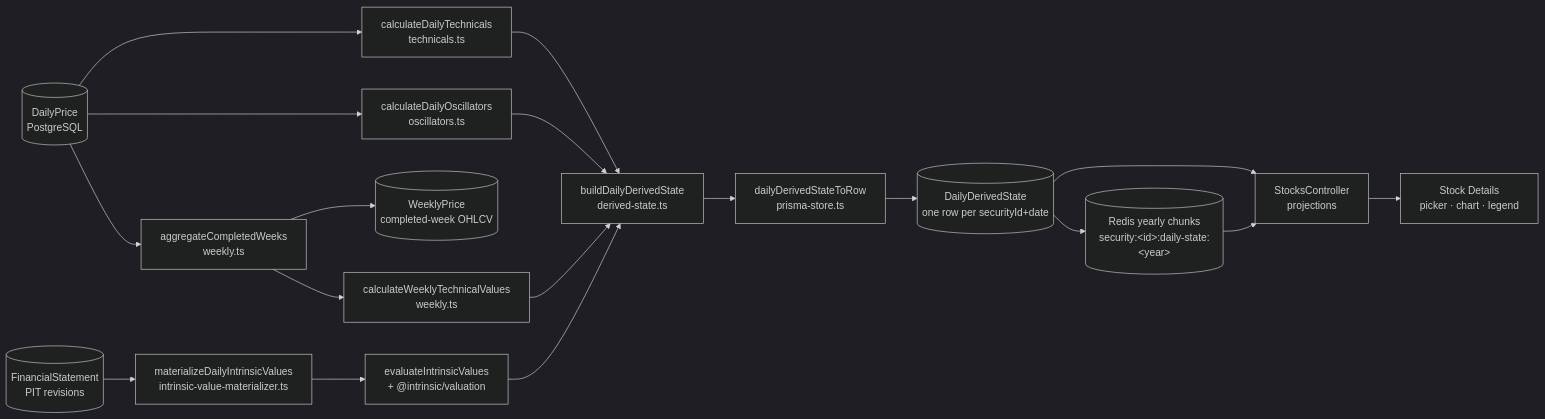
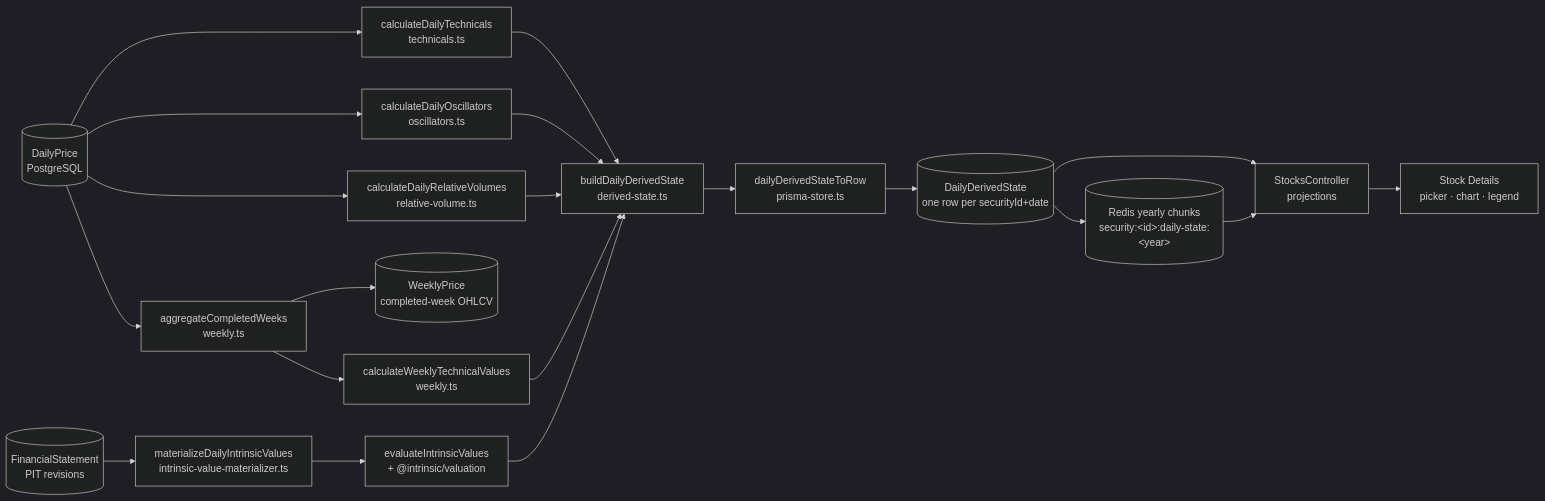
Before and after one commit to BMarius93/factorsage: the first of 3 diagrams in ai/architecture/calculated-series.md, drawn with Mermaid (dark theme). The commit also changed other lines of this file and 45 other files, not shown here.

First line of the commit message:
feat(volume): daily Volume on the chart and precomputed RVOL 10/20/50

````diff
--- a/ai/architecture/calculated-series.md
+++ b/ai/architecture/calculated-series.md
@@ -15,20 +15,22 @@
 ```mermaid
 flowchart LR
   DP[("DailyPrice<br/>PostgreSQL")] --> DT["calculateDailyTechnicals<br/>technicals.ts"]
   DP --> DO["calculateDailyOscillators<br/>oscillators.ts"]
+  DP --> RV["calculateDailyRelativeVolumes<br/>relative-volume.ts"]
   DP --> AW["aggregateCompletedWeeks<br/>weekly.ts"]
   AW --> WP[("WeeklyPrice<br/>completed-week OHLCV")]
   AW --> WV["calculateWeeklyTechnicalValues<br/>weekly.ts"]
   FS[("FinancialStatement<br/>PIT revisions")] --> IM["materializeDailyIntrinsicValues<br/>intrinsic-value-materializer.ts"]
   IM --> EV["evaluateIntrinsicValues<br/>+ @intrinsic/valuation"]
   DT --> BD["buildDailyDerivedState<br/>derived-state.ts"]
   DO --> BD
+  RV --> BD
   WV --> BD
   EV --> BD
   BD --> ST["dailyDerivedStateToRow<br/>prisma-store.ts"]
   ST --> PG[("DailyDerivedState<br/>one row per securityId+date")]
   PG --> RD[("Redis yearly chunks<br/>security:&lt;id&gt;:daily-state:&lt;year&gt;")]
   PG --> API["StocksController<br/>projections"]
   RD --> API
   API --> WEB["Stock Details<br/>picker · chart · legend"]
 ```
````
